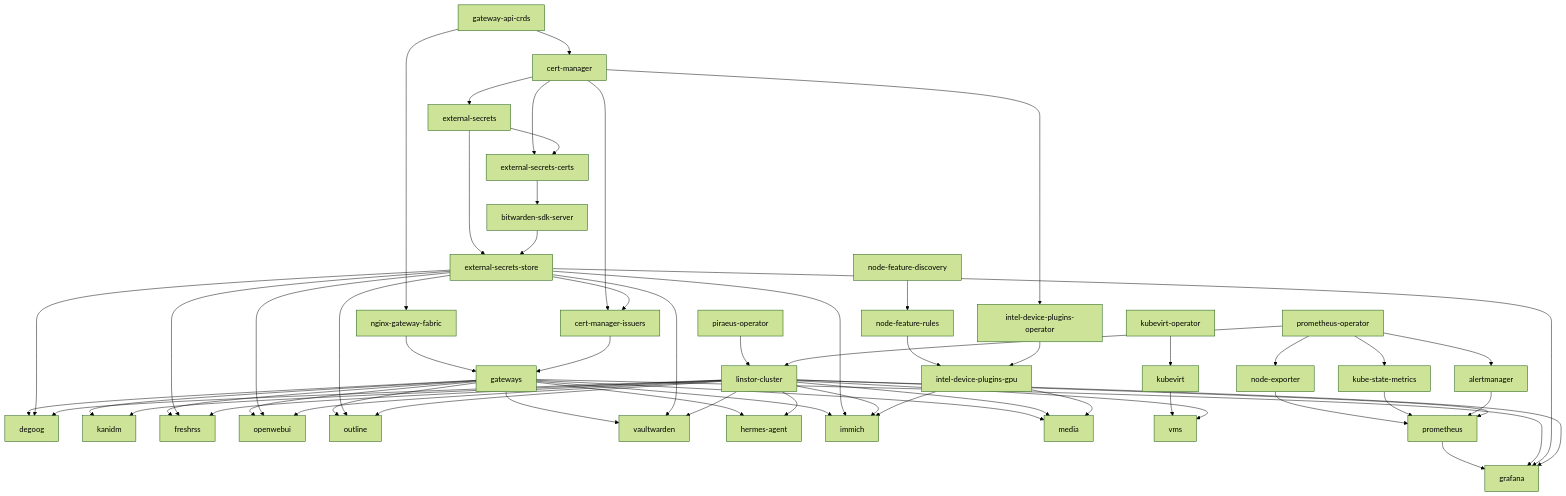
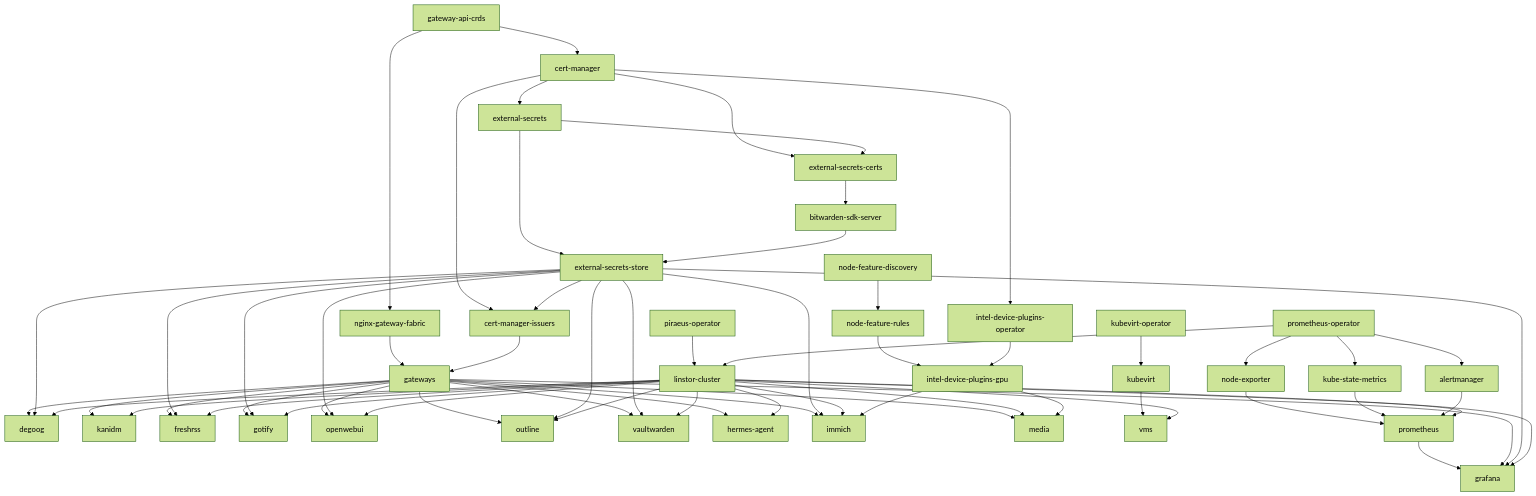
One commit to martinxtinto/k8s-flux changed the diagram in README.md. Above: the diagram before and after it, drawn with Mermaid (forest theme). The commit also changed other lines of this file and 8 other files, not shown here.

````diff
--- a/README.md
+++ b/README.md
@@ -29,61 +29,64 @@
 ```mermaid
 flowchart TD
   gateway-api-crds --> cert-manager
   gateway-api-crds --> nginx-gateway-fabric
   cert-manager --> external-secrets
   cert-manager --> external-secrets-certs
   external-secrets --> external-secrets-certs
   external-secrets --> external-secrets-store
   external-secrets-certs --> bitwarden-sdk-server
   bitwarden-sdk-server --> external-secrets-store
   cert-manager --> cert-manager-issuers
   external-secrets-store --> cert-manager-issuers
   nginx-gateway-fabric --> gateways
   cert-manager-issuers --> gateways
   piraeus-operator --> linstor-cluster
   prometheus-operator --> linstor-cluster
   kubevirt-operator --> kubevirt
   cert-manager --> intel-device-plugins-operator
   node-feature-discovery --> node-feature-rules
   node-feature-rules --> intel-device-plugins-gpu
   intel-device-plugins-operator --> intel-device-plugins-gpu
   gateways --> degoog
   external-secrets-store --> degoog
   linstor-cluster --> degoog
   gateways --> kanidm
   linstor-cluster --> kanidm
   gateways --> freshrss
   external-secrets-store --> freshrss
   linstor-cluster --> freshrss
+  gateways --> gotify
+  external-secrets-store --> gotify
+  linstor-cluster --> gotify
   gateways --> openwebui
   external-secrets-store --> openwebui
   linstor-cluster --> openwebui
   gateways --> outline
   external-secrets-store --> outline
   linstor-cluster --> outline
   gateways --> vaultwarden
   external-secrets-store --> vaultwarden
   linstor-cluster --> vaultwarden
   gateways --> hermes-agent
   linstor-cluster --> hermes-agent
   gateways --> immich
   external-secrets-store --> immich
   linstor-cluster --> immich
   intel-device-plugins-gpu --> immich
   gateways --> media
   linstor-cluster --> media
   intel-device-plugins-gpu --> media
   kubevirt --> vms
   linstor-cluster --> vms
   prometheus-operator --> node-exporter
   prometheus-operator --> kube-state-metrics
   prometheus-operator --> alertmanager
   node-exporter --> prometheus
   kube-state-metrics --> prometheus
   alertmanager --> prometheus
   linstor-cluster --> prometheus
   prometheus --> grafana
   gateways --> grafana
   external-secrets-store --> grafana
   linstor-cluster --> grafana
 ```
````
